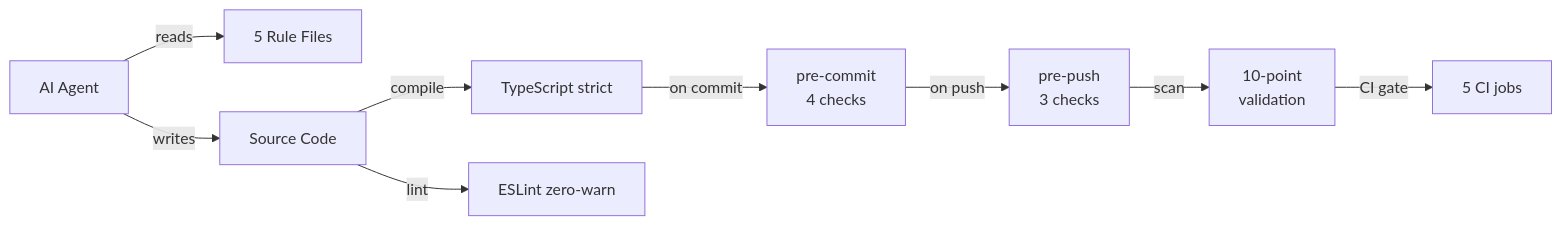
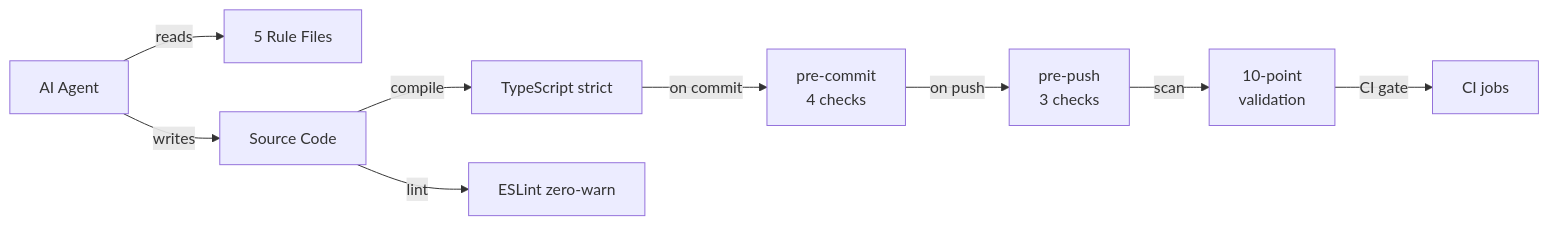
The diagram in README.md (ntd25022006q/ai-coding-standards), drawn with Mermaid before and after one commit. The commit also changed other lines of this file and 20 other files, not shown here.

````diff
--- a/README.md
+++ b/README.md
@@ -30,11 +64,11 @@
 ```mermaid
 flowchart LR
     Agent["AI Agent"] -->|reads| Rules["5 Rule Files"]
     Agent -->|writes| Code["Source Code"]
     Code -->|compile| TSC["TypeScript strict"]
     Code -->|lint| ESLint["ESLint zero-warn"]
     TSC -->|on commit| Hook1["pre-commit\n4 checks"]
     Hook1 -->|on push| Hook2["pre-push\n3 checks"]
     Hook2 -->|scan| Validate["10-point\nvalidation"]
-    Validate -->|CI gate| CI["5 CI jobs"]
+    Validate -->|CI gate| CI["CI jobs"]
 ```
````
